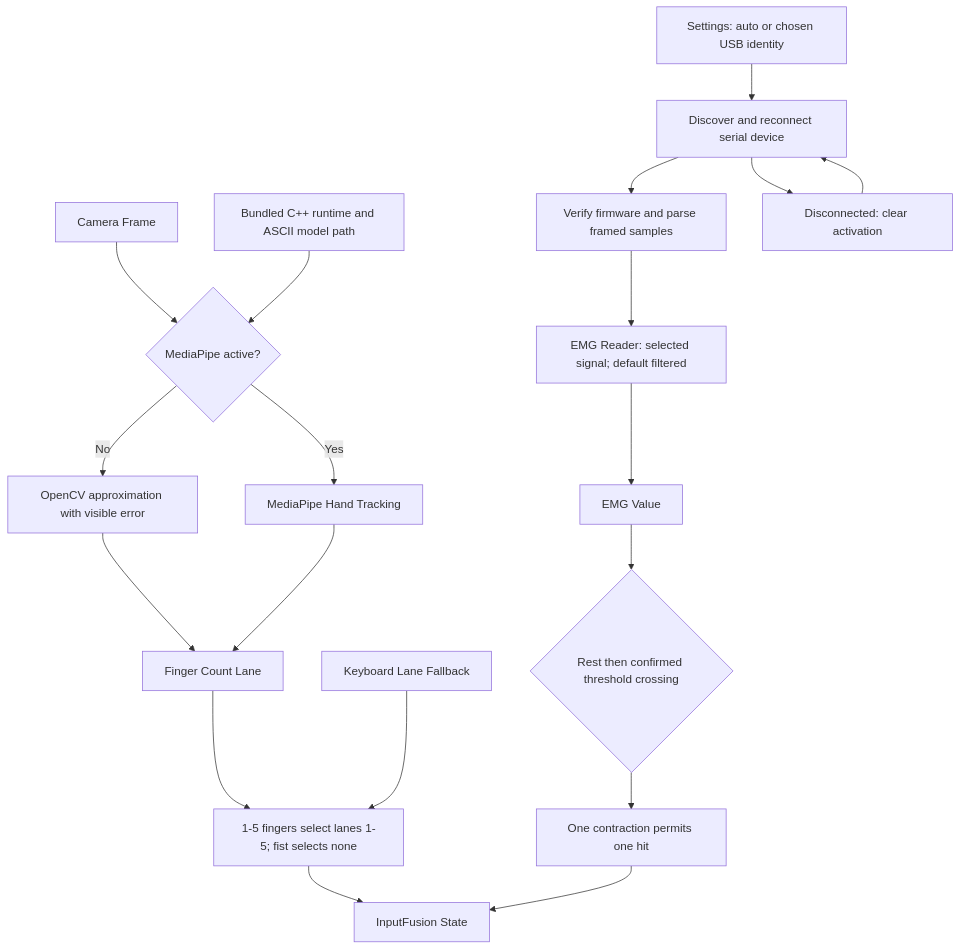
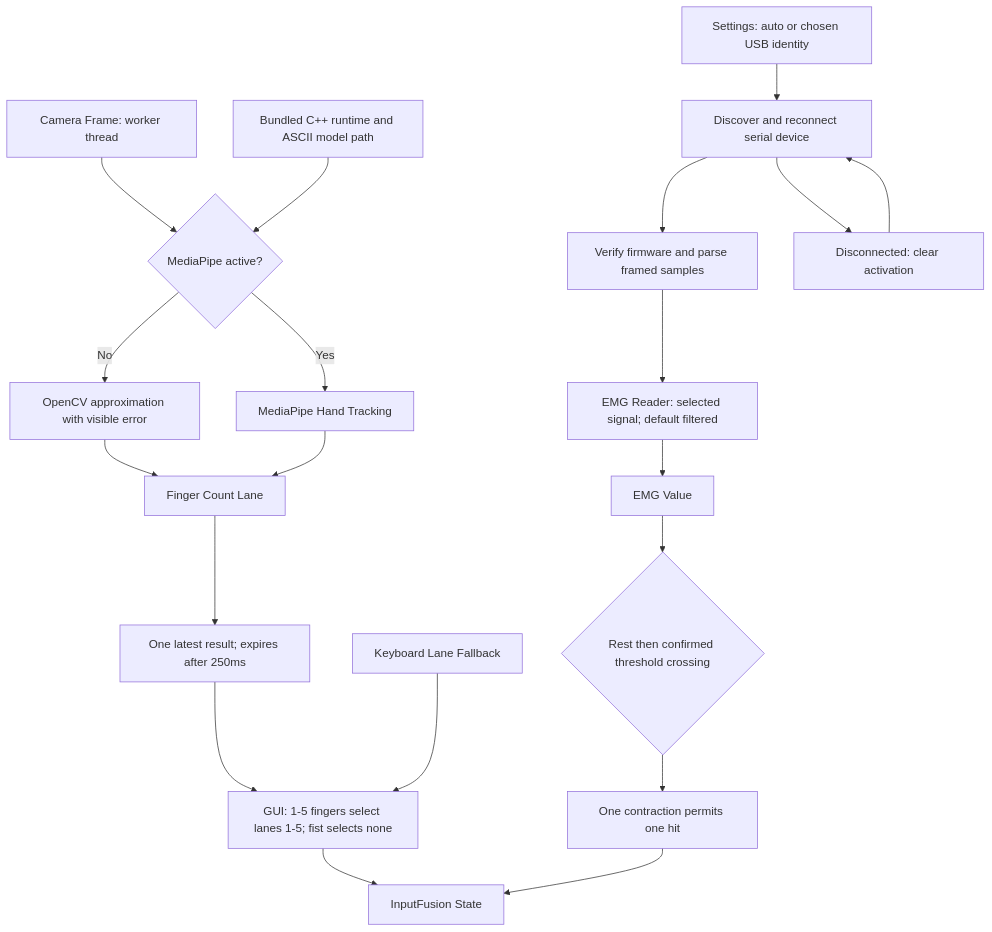
The diagram in diagrams/input-flow.md (didtjr5080/Rythm-Game), drawn with Mermaid before and after one commit. The commit also changed 15 other files, not shown here.

Commit message:
Keep camera inference off the GUI thread and optimize chart rendering

````diff
--- a/diagrams/input-flow.md
+++ b/diagrams/input-flow.md
@@ -3,21 +3,22 @@
 ```mermaid
 graph TD
-    A[Camera Frame] --> M{MediaPipe active?}
+    A[Camera Frame: worker thread] --> M{MediaPipe active?}
     RUNTIME[Bundled C++ runtime and ASCII model path] --> M
     M -- Yes --> B[MediaPipe Hand Tracking]
     M -- No --> FALLBACK[OpenCV approximation with visible error]
     FALLBACK --> C
     B --> C[Finger Count Lane]
-    C --> D[1-5 fingers select lanes 1-5; fist selects none]
+    C --> LATEST[One latest result; expires after 250ms]
+    LATEST --> D[GUI: 1-5 fingers select lanes 1-5; fist selects none]
     E[Keyboard Lane Fallback] --> D
     P[Settings: auto or chosen USB identity] --> Q[Discover and reconnect serial device]
     Q --> R[Verify firmware and parse framed samples]
     R --> F[EMG Reader: selected signal; default filtered]
     F --> G[EMG Value]
     Q --> S[Disconnected: clear activation]
     S --> Q
     G --> H{Rest then confirmed threshold crossing}
     H --> I[One contraction permits one hit]
     D --> J[InputFusion State]
     I --> J
 ```
````
